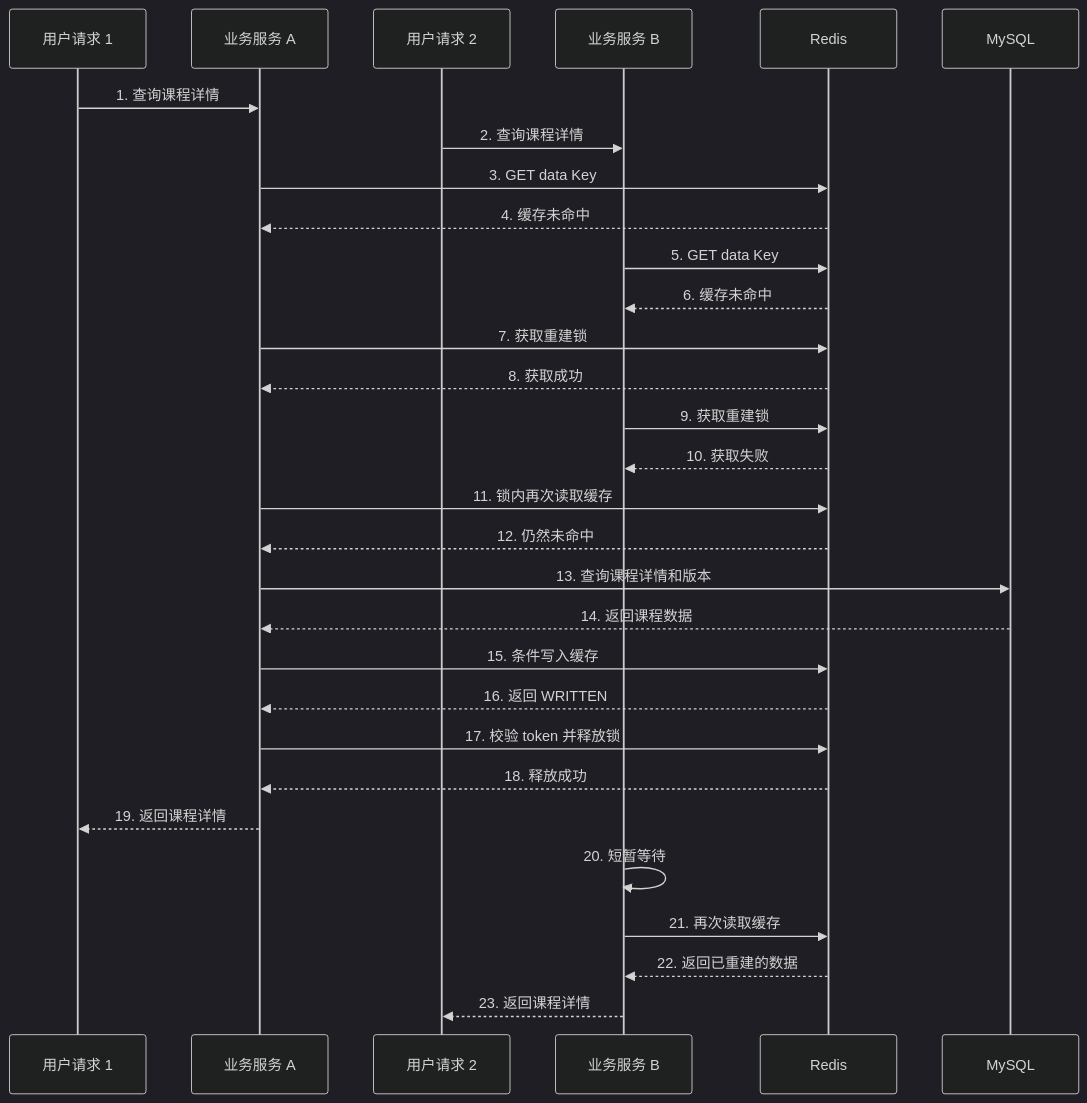
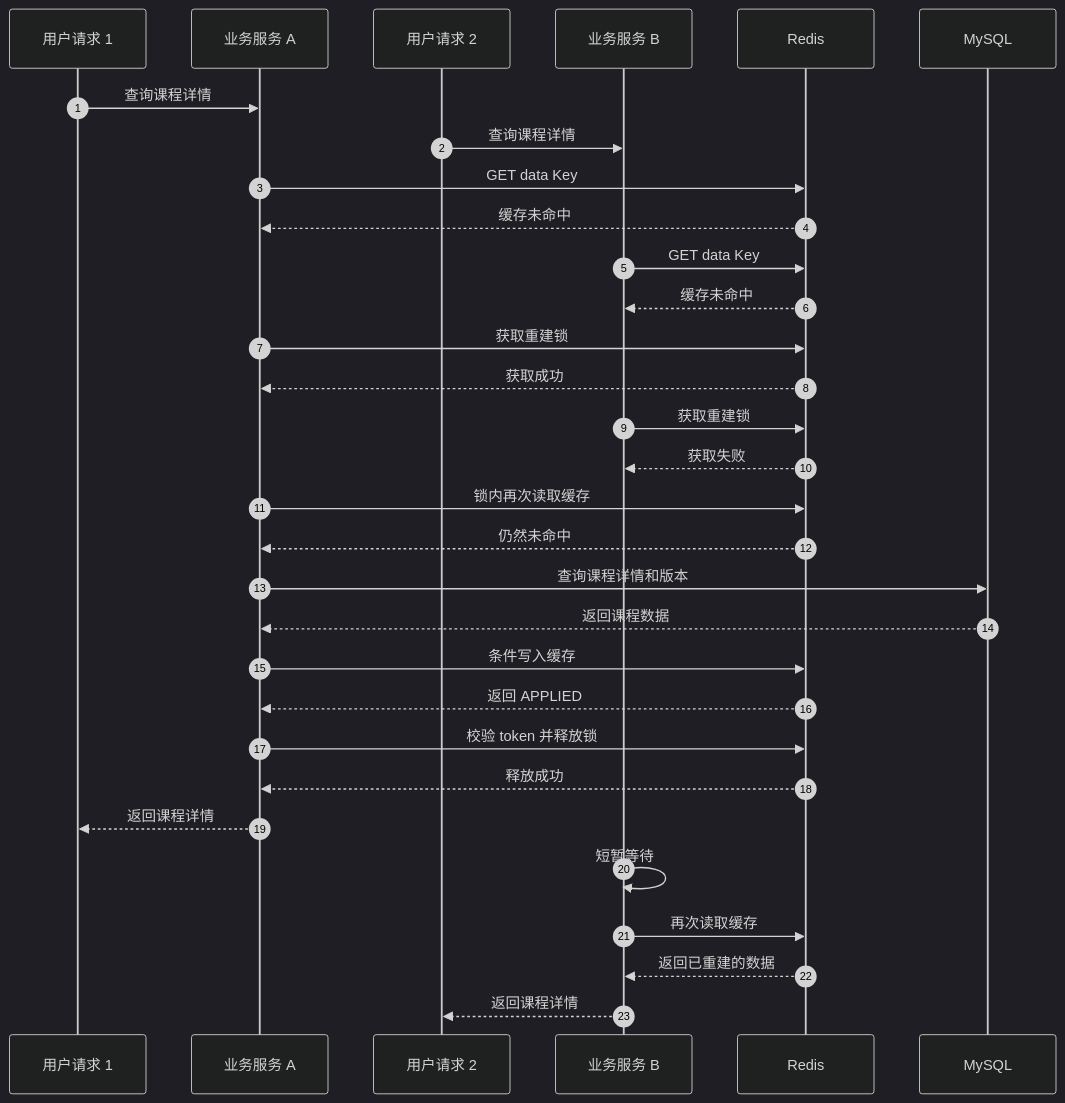
The eighth of 27 diagrams in docs/redis/126-redis-4种缓存模式-分享版-极简版.md (zdl20251023-pixel/agent-frame), drawn with Mermaid (dark theme) before and after one commit. The commit also changed other lines of this file, not shown here.

Commit message:
redis 四大缓存模式 分享-极简版

````diff
--- a/docs/redis/126-redis-4种缓存模式-分享版-极简版.md
+++ b/docs/redis/126-redis-4种缓存模式-分享版-极简版.md
@@ -309,42 +307,43 @@
 ```mermaid
 sequenceDiagram
+    autonumber
     participant Client1 as 用户请求 1
     participant Service1 as 业务服务 A
     participant Client2 as 用户请求 2
     participant Service2 as 业务服务 B
     participant Redis as Redis
     participant MySQL as MySQL
 
-    Client1->>Service1: 1. 查询课程详情
-    Client2->>Service2: 2. 查询课程详情
+    Client1->>Service1: 查询课程详情
+    Client2->>Service2: 查询课程详情
 
-    Service1->>Redis: 3. GET data Key
-    Redis-->>Service1: 4. 缓存未命中
+    Service1->>Redis: GET data Key
+    Redis-->>Service1: 缓存未命中
 
-    Service2->>Redis: 5. GET data Key
-    Redis-->>Service2: 6. 缓存未命中
+    Service2->>Redis: GET data Key
+    Redis-->>Service2: 缓存未命中
 
-    Service1->>Redis: 7. 获取重建锁
-    Redis-->>Service1: 8. 获取成功
+    Service1->>Redis: 获取重建锁
+    Redis-->>Service1: 获取成功
 
-    Service2->>Redis: 9. 获取重建锁
-    Redis-->>Service2: 10. 获取失败
+    Service2->>Redis: 获取重建锁
+    Redis-->>Service2: 获取失败
 
-    Service1->>Redis: 11. 锁内再次读取缓存
-    Redis-->>Service1: 12. 仍然未命中
+    Service1->>Redis: 锁内再次读取缓存
+    Redis-->>Service1: 仍然未命中
 
-    Service1->>MySQL: 13. 查询课程详情和版本
-    MySQL-->>Service1: 14. 返回课程数据
+    Service1->>MySQL: 查询课程详情和版本
+    MySQL-->>Service1: 返回课程数据
 
-    Service1->>Redis: 15. 条件写入缓存
-    Redis-->>Service1: 16. 返回 WRITTEN
+    Service1->>Redis: 条件写入缓存
+    Redis-->>Service1: 返回 APPLIED
 
-    Service1->>Redis: 17. 校验 token 并释放锁
-    Redis-->>Service1: 18. 释放成功
-    Service1-->>Client1: 19. 返回课程详情
+    Service1->>Redis: 校验 token 并释放锁
+    Redis-->>Service1: 释放成功
+    Service1-->>Client1: 返回课程详情
 
-    Service2->>Service2: 20. 短暂等待
-    Service2->>Redis: 21. 再次读取缓存
-    Redis-->>Service2: 22. 返回已重建的数据
-    Service2-->>Client2: 23. 返回课程详情
+    Service2->>Service2: 短暂等待
+    Service2->>Redis: 再次读取缓存
+    Redis-->>Service2: 返回已重建的数据
+    Service2-->>Client2: 返回课程详情
 ```
````
